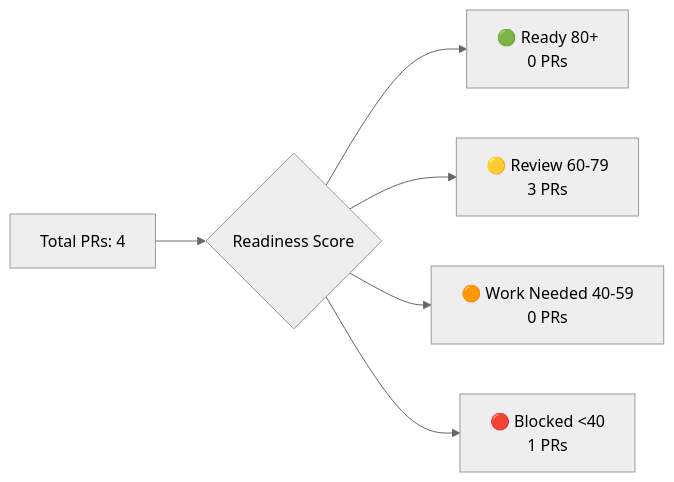
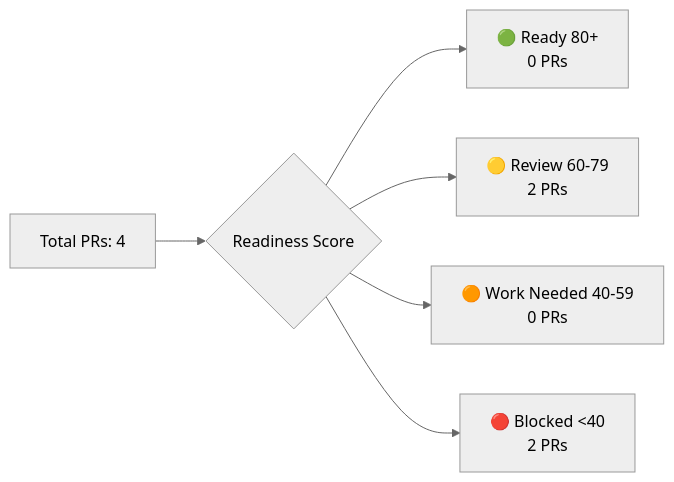
Before and after one commit to Nitsur10/invoice-dashboard-deploy: the third of 4 diagrams in docs/tracker.md, drawn with Mermaid (neutral theme). The commit also changed other lines of this file and 1 other file, not shown here.

First line of the commit message:
chore(tracker): update portfolio dashboard - 4 PRs, 6 issues

````diff
--- a/docs/tracker.md
+++ b/docs/tracker.md
@@ -40,8 +40,8 @@
 ```mermaid
 graph LR
     A[Total PRs: 4] --> B{Readiness Score}
     B --> C[🟢 Ready 80+<br/>0 PRs]
-    B --> D[🟡 Review 60-79<br/>3 PRs]
+    B --> D[🟡 Review 60-79<br/>2 PRs]
     B --> E[🟠 Work Needed 40-59<br/>0 PRs]
-    B --> F[🔴 Blocked <40<br/>1 PRs]
+    B --> F[🔴 Blocked <40<br/>2 PRs]
 ```
````
